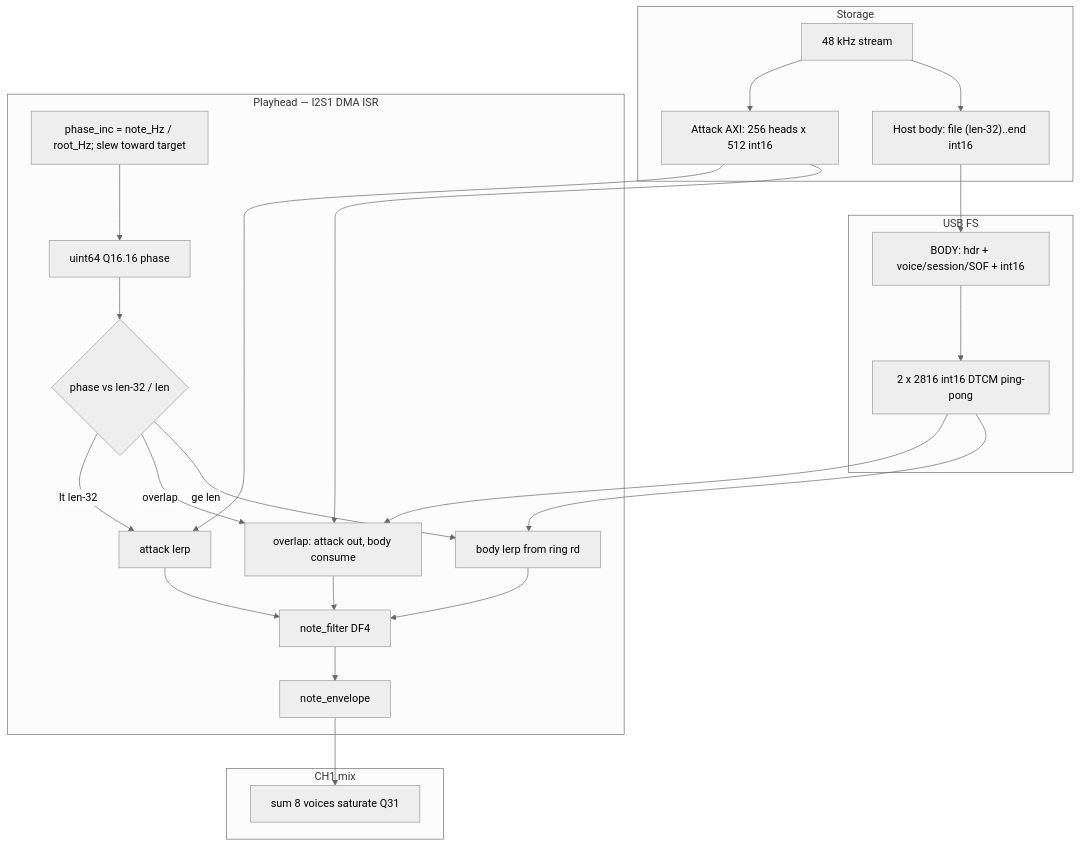
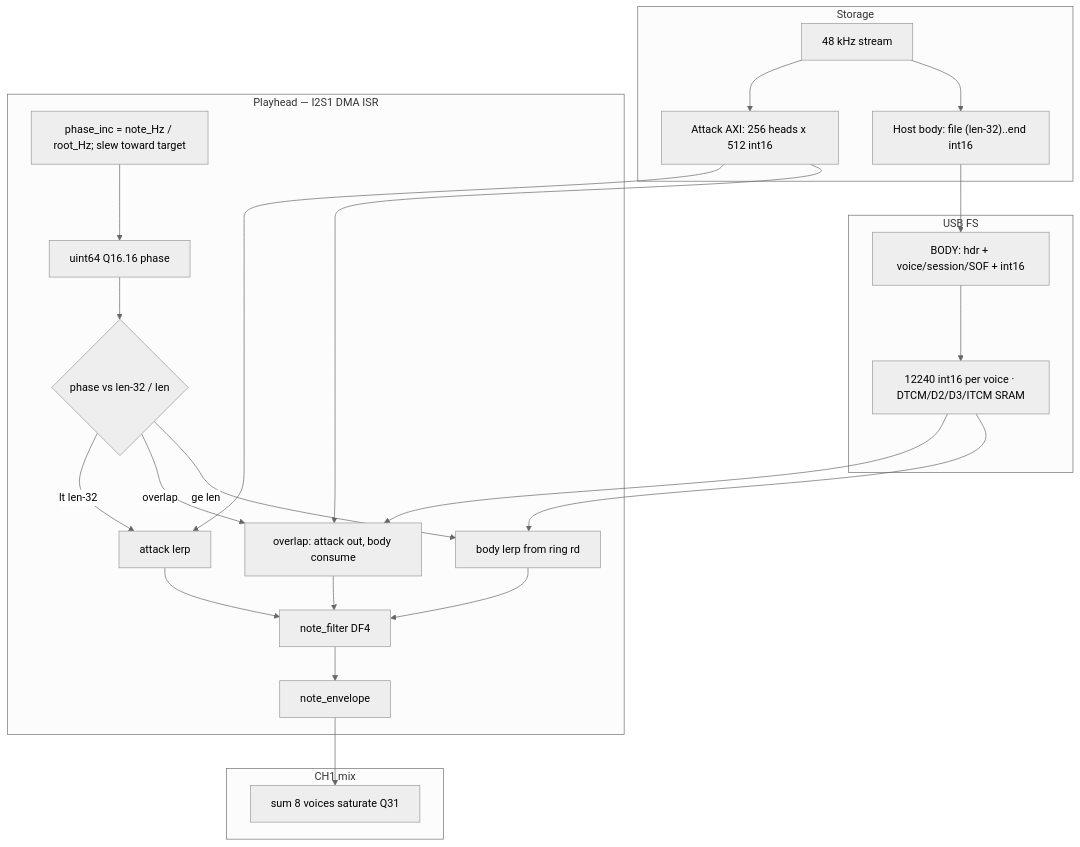
One commit to narendrabhatt-freshwater/firmware changed the second of 5 diagrams in channel_card/docs/diagrams/card_data_flow.md. Above: the diagram before and after it, drawn with Mermaid (neutral theme). The commit also changed other lines of this file and 33 other files, not shown here.

````diff
--- a/channel_card/docs/diagrams/card_data_flow.md
+++ b/channel_card/docs/diagrams/card_data_flow.md
@@ -74,45 +75,45 @@
 ```mermaid
 flowchart TB
   subgraph store [Storage]
     File["48 kHz stream"]
     Atk["Attack AXI: 256 heads x 512 int16"]
     Body["Host body: file (len-32)..end int16"]
     File --> Atk
     File --> Body
   end
 
   subgraph usb [USB FS]
     Tag["BODY: hdr + voice/session/SOF + int16"]
-    Slots["2 x 2816 int16 DTCM ping-pong"]
+    Slots["12240 int16 per voice · DTCM/D2/D3/ITCM SRAM"]
     Body --> Tag --> Slots
   end
 
   subgraph play [Playhead — I2S1 DMA ISR]
     Ph["uint64 Q16.16 phase"]
     Inc["phase_inc = note_Hz / root_Hz; slew toward target"]
     Join{"phase vs len-32 / len"}
     AtkOnly["attack lerp"]
     Xfade["overlap: attack out, body consume"]
     BodyOnly["body lerp from ring rd"]
     Lpf["note_filter DF4"]
     Env["note_envelope"]
     Ph --> Join
     Inc --> Ph
     Atk --> AtkOnly
     Atk --> Xfade
     Slots --> Xfade
     Slots --> BodyOnly
     Join -->|lt len-32| AtkOnly
     Join -->|overlap| Xfade
     Join -->|ge len| BodyOnly
     AtkOnly --> Lpf
     Xfade --> Lpf
     BodyOnly --> Lpf
     Lpf --> Env
   end
 
   subgraph mix [CH1 mix]
     Sum["sum 8 voices saturate Q31"]
     Env --> Sum
   end
 ```
````
